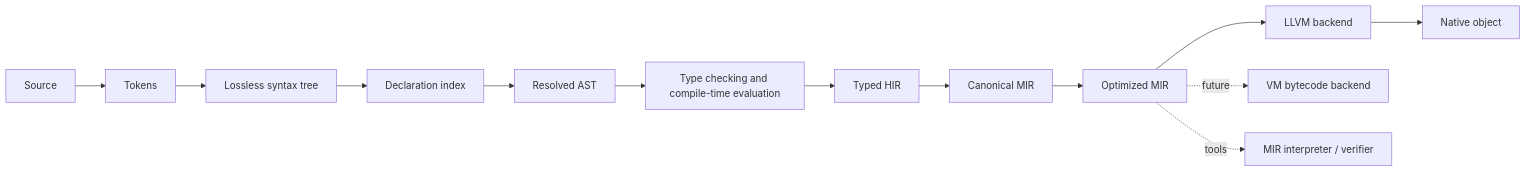
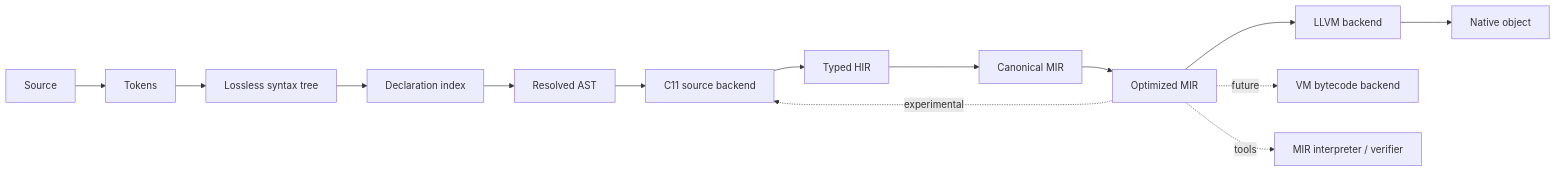
Before and after one commit to kleeedolinux/pop: the diagram in architecture/03-compiler-pipeline.md, drawn with Mermaid. The commit also changed other lines of this file and 18 other files, not shown here.

````diff
--- a/architecture/03-compiler-pipeline.md
+++ b/architecture/03-compiler-pipeline.md
@@ -5,15 +5,16 @@
 ```mermaid
 flowchart LR
     S[Source] --> T[Tokens]
     T --> A[Lossless syntax tree]
     A --> D[Declaration index]
     D --> R[Resolved AST]
     R --> C[Type checking and compile-time evaluation]
     C --> H[Typed HIR]
     H --> M[Canonical MIR]
     M --> O[Optimized MIR]
     O --> L[LLVM backend]
     L --> N[Native object]
+    O -. experimental .-> C[C11 source backend]
     O -. future .-> V[VM bytecode backend]
     O -. tools .-> I[MIR interpreter / verifier]
 ```
````
